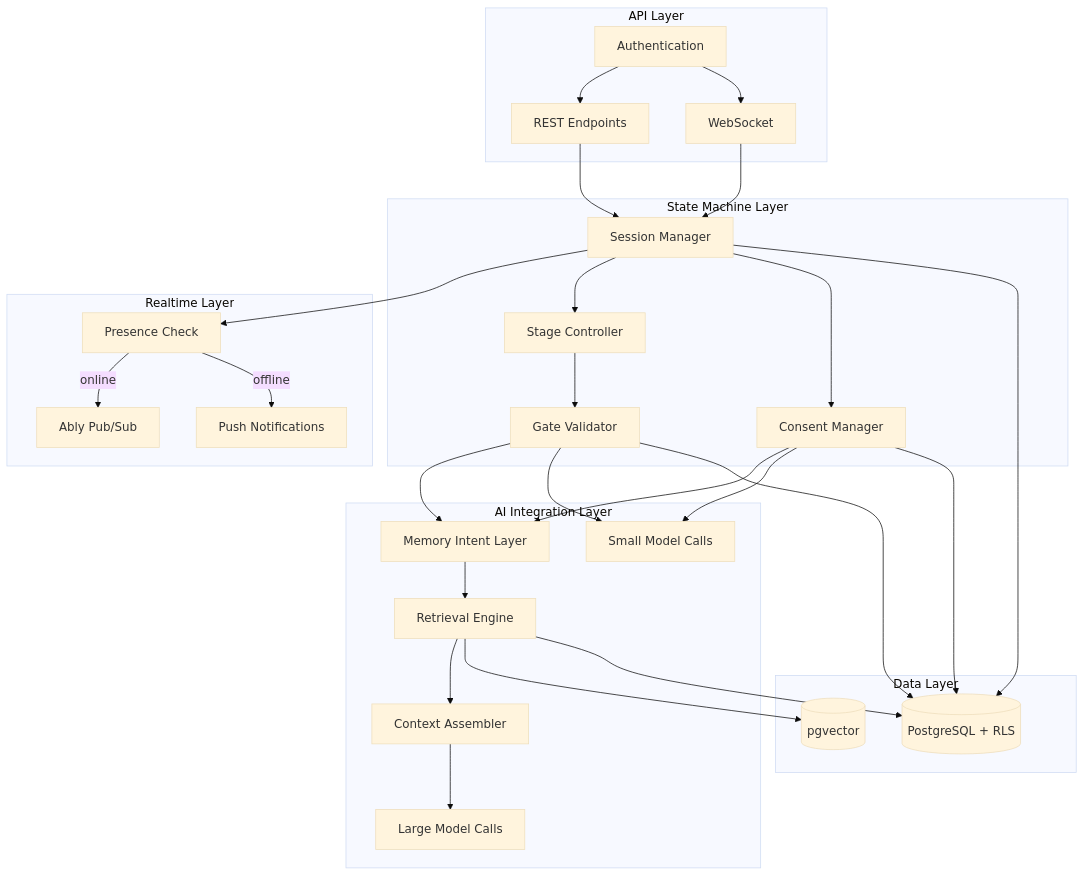
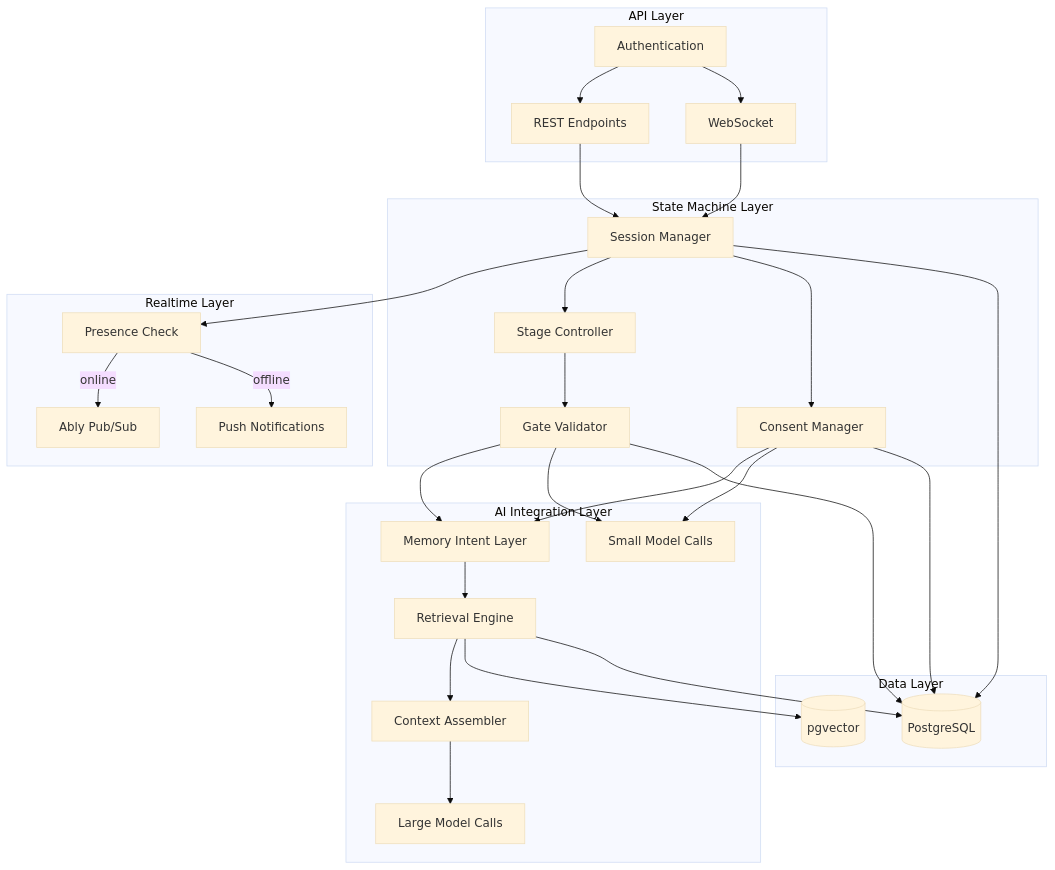
The first of 3 diagrams in docs/backend/overview/architecture.md (shantamg/meet-without-fear), drawn with Mermaid (base theme) before and after one commit. The commit also changed other lines of this file and 9 other files, not shown here.

````diff
--- a/docs/backend/overview/architecture.md
+++ b/docs/backend/overview/architecture.md
@@ -21,62 +21,62 @@
 ```mermaid
 flowchart TB
     subgraph "API Layer"
         REST[REST Endpoints]
         WS[WebSocket]
         AUTH[Authentication]
     end
 
     subgraph "State Machine Layer"
         SESSION[Session Manager]
         STAGE[Stage Controller]
         GATE[Gate Validator]
         CONSENT[Consent Manager]
     end
 
     subgraph "AI Integration Layer"
         INTENT[Memory Intent Layer]
         RETRIEVAL[Retrieval Engine]
         CONTEXT[Context Assembler]
         SMALL[Small Model Calls]
         LARGE[Large Model Calls]
     end
 
     subgraph "Data Layer"
-        SQL[(PostgreSQL + RLS)]
+        SQL[(PostgreSQL)]
         VEC[(pgvector)]
     end
 
     subgraph "Realtime Layer"
         ABLY[Ably Pub/Sub]
         PUSH[Push Notifications]
         PRESENCE[Presence Check]
     end
 
     REST --> SESSION
     WS --> SESSION
     AUTH --> REST
     AUTH --> WS
 
     SESSION --> PRESENCE
     PRESENCE -->|online| ABLY
     PRESENCE -->|offline| PUSH
 
     SESSION --> STAGE
     STAGE --> GATE
     SESSION --> CONSENT
 
     GATE --> INTENT
     CONSENT --> INTENT
     INTENT --> RETRIEVAL
     RETRIEVAL --> CONTEXT
     CONTEXT --> LARGE
 
     GATE --> SMALL
     CONSENT --> SMALL
 
     SESSION --> SQL
     CONSENT --> SQL
     GATE --> SQL
     RETRIEVAL --> VEC
     RETRIEVAL --> SQL
 ```
````
